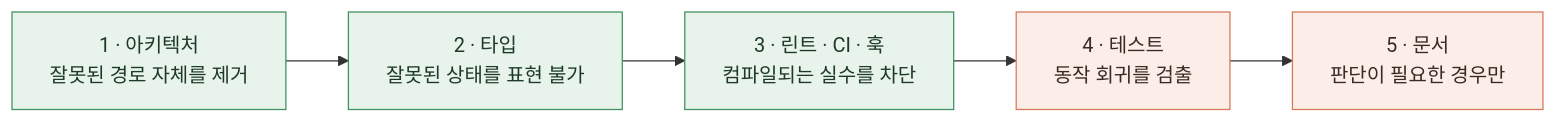
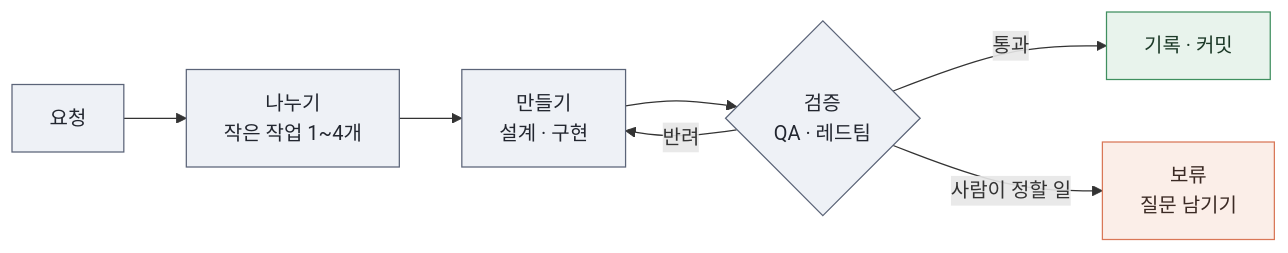
Before and after one commit to krime1004/claude-harness-skills: the diagram in README.md, drawn with Mermaid. The commit also changed other lines of this file and 1 other file, not shown here.

````diff
--- a/README.md
+++ b/README.md
@@ -112,11 +92,16 @@
 ```mermaid
 flowchart LR
-    A["1 · 아키텍처<br/>잘못된 경로 자체를 제거"] --> B["2 · 타입<br/>잘못된 상태를 표현 불가"]
-    B --> C["3 · 린트 · CI · 훅<br/>컴파일되는 실수를 차단"]
-    C --> D["4 · 테스트<br/>동작 회귀를 검출"]
-    D --> E["5 · 문서<br/>판단이 필요한 경우만"]
-    classDef strong fill:#e8f3ec,stroke:#3f8f5f,color:#1d3a28
-    classDef weak fill:#fbeee8,stroke:#d97757,color:#3b2a24
-    class A,B,C strong
-    class D,E weak
+    A["요청"] --> B["나누기<br/>작은 작업 1~4개"]
+    B --> C["만들기<br/>설계 · 구현"]
+    C --> D{"검증<br/>QA · 레드팀"}
+    D -- "반려" --> C
+    D -- "통과" --> E["기록 · 커밋"]
+    D -- "사람이 정할 일" --> F["보류<br/>질문 남기기"]
+
+    classDef step fill:#eef1f6,stroke:#5b6478,color:#22262f
+    classDef ok fill:#e8f3ec,stroke:#3f8f5f,color:#1d3a28
+    classDef hold fill:#fbeee8,stroke:#d97757,color:#3b2a24
+    class A,B,C,D step
+    class E ok
+    class F hold
 ```
````
